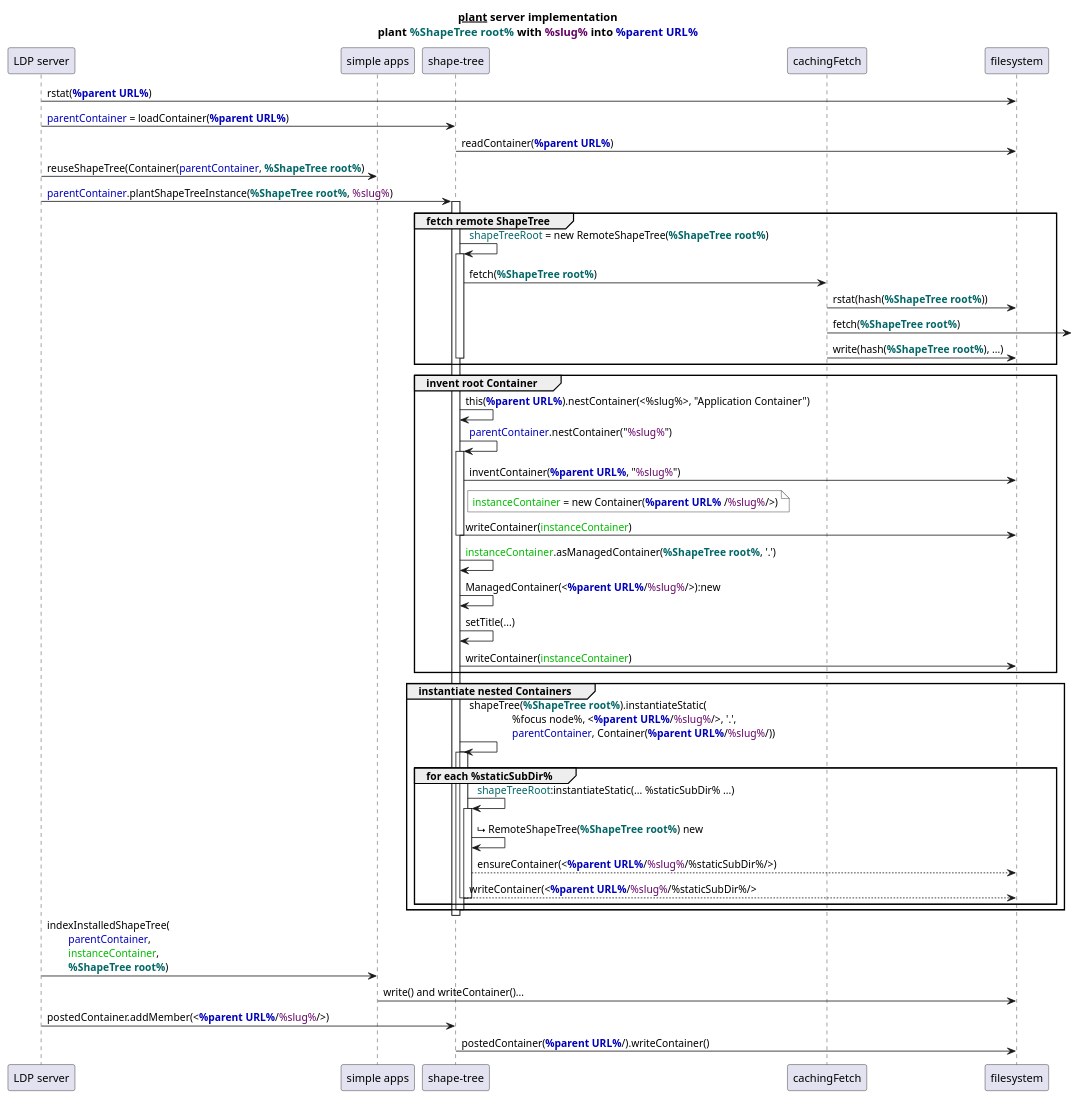
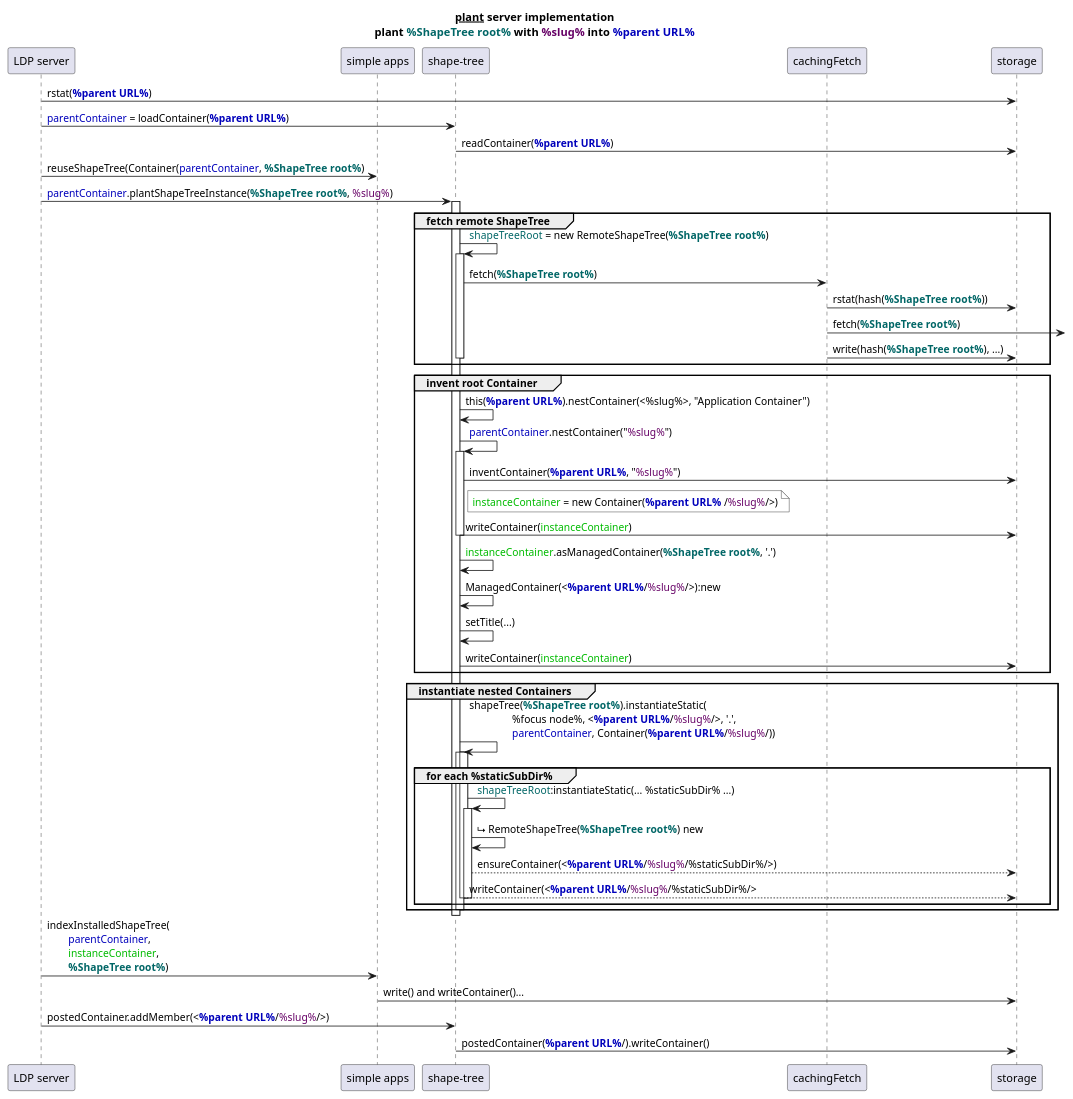
One commit to shapetrees/shapetree.js-old changed the diagram in doc/server-plant.pu. Above: the diagram before and after it, drawn with PlantUML. The commit also changed 7 other files, not shown here.

```diff
--- a/doc/server-plant.pu
+++ b/doc/server-plant.pu
@@ -1,74 +1,74 @@
 participant caller as "LDP server"
 participant ecosystem as "simple apps"
 participant ST as "shape-tree"
 participant cache as "cachingFetch"
-participant fs as "filesystem"
+participant fs as "storage"
 title
         <u>plant</u> server implementation
         plant <color #066>**%ShapeTree root%**</color> with <color #606>%slug%</color> into <color #00b>**%parent URL%**</color>
 end title
 
 caller -> fs: rstat(<color #00b>**%parent URL%**</color>)
 caller -> ST: <color #00b>parentContainer</color> = loadContainer(<color #00b>**%parent URL%**</color>)
 ST -> fs: readContainer(<color #00b>**%parent URL%**</color>)
 
 caller -> ecosystem: reuseShapeTree(Container(<color #00b>parentContainer</color>, <color #066>**%ShapeTree root%**</color>)
 caller -> ST: <color #00b>parentContainer</color>.plantShapeTreeInstance(<color #066>**%ShapeTree root%**</color>, <color #606>%slug%</color>)
 activate ST
 
         group fetch remote ShapeTree
   		ST -> ST #eef: <color #066>shapeTreeRoot</color> = new RemoteShapeTree(<color #066>**%ShapeTree root%**</color>)
                 activate ST
   		        ST -> cache: fetch(<color #066>**%ShapeTree root%**</color>)
   			cache -> fs: rstat(hash(<color #066>**%ShapeTree root%**</color>))
   			cache ->]: fetch(<color #066>**%ShapeTree root%**</color>)
   			cache -> fs: write(hash(<color #066>**%ShapeTree root%**</color>), ...)
                 deactivate ST
         end
 
         group invent root Container
   		ST -> ST: this(<color #00b>**%parent URL%**</color>).nestContainer(<%slug%>, "Application Container")
                 ST -> ST: <color #00b>parentContainer</color>.nestContainer("<color #606>%slug%</color>")
                 activate ST
                         ST -> fs: inventContainer(<color #00b>**%parent URL%**</color>, "<color #606>%slug%</color>")
                         note right of ST #fff: <color #0b0>instanceContainer</color> = new Container(<color #00b>**%parent URL%**</color> /<color #606>%slug%</color>/>)
                         ST -> fs:writeContainer(<color #0b0>instanceContainer</color>)
                 deactivate ST
                 ST -> ST #eef: <color #0b0>instanceContainer</color>.asManagedContainer(<color #066>**%ShapeTree root%**</color>, '.')
                 ST -> ST:ManagedContainer(<<color #00b>**%parent URL%**</color>/<color #606>%slug%</color>/>):new
                 ST -> ST: setTitle(...)
                 ST -> fs: writeContainer(<color #0b0>instanceContainer</color>)
         end
 
         group instantiate nested Containers
                 ST -> ST: shapeTree(<color #066>**%ShapeTree root%**</color>).instantiateStatic(\n\
                 %focus node%, <<color #00b>**%parent URL%**</color>/<color #606>%slug%</color>/>, '.', \n\
                 <color #00b>parentContainer</color>, Container(<color #00b>**%parent URL%**</color>/<color #606>%slug%</color>/))
                 activate ST
                         group for each %staticSubDir%
                                 activate ST
                                         ST -> ST: <color #066>shapeTreeRoot</color>:instantiateStatic(... %staticSubDir% ...)
                                         activate ST
                                                 ST -> ST: ⮡ RemoteShapeTree(<color #066>**%ShapeTree root%**</color>) new
                                                 ST --> fs: ensureContainer(<<color #00b>**%parent URL%**</color>/<color #606>%slug%</color>/%staticSubDir%/>)
                                                 ST --> fs: writeContainer(<<color #00b>**%parent URL%**</color>/<color #606>%slug%</color>/%staticSubDir%/>
                                         deactivate ST
                                 deactivate ST
                         end
                 deactivate ST
         end
 
 deactivate ST
 
 activate ST
 '        group index ShapeTree instance
                 caller -> ecosystem: indexInstalledShapeTree(\n\
         <color #00b>parentContainer</color>, \n\
         <color #0b0>instanceContainer</color>, \n\
         <color #066>**%ShapeTree root%**</color>)
                 ecosystem -> fs: write() and writeContainer()...
 '        end
 deactivate ST
 
 caller -> ST: postedContainer.addMember(<<color #00b>**%parent URL%**</color>/<color #606>%slug%</color>/>)
 ST -> fs: postedContainer(<color #00b>**%parent URL%**</color>/).writeContainer()
```
